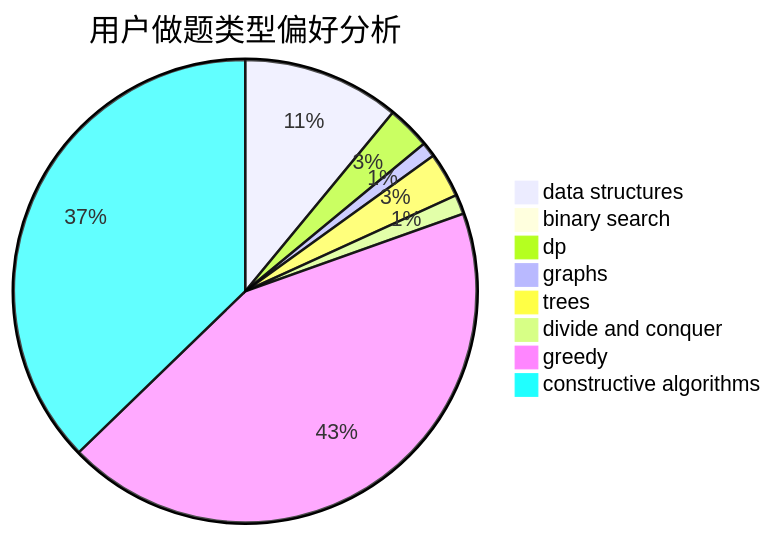
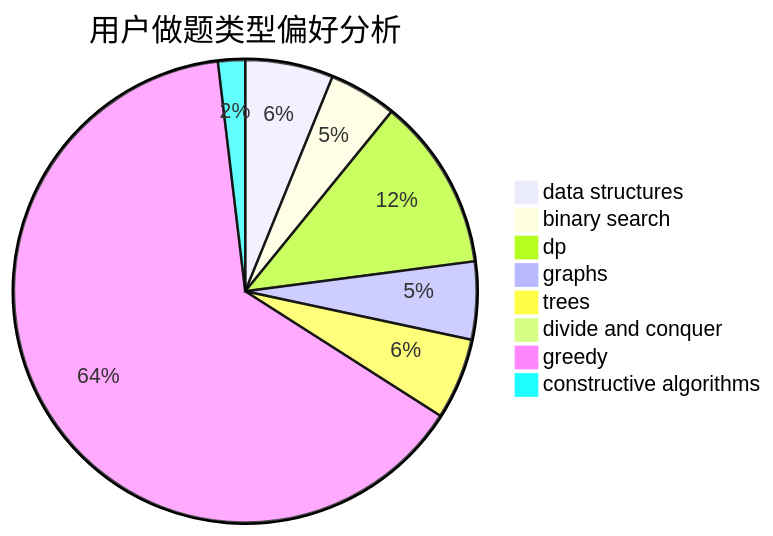
One commit to sherpahu/cfrs.github.io changed the second of 3 diagrams in docs/user/u2224.md. Above: the diagram before and after it, drawn with Mermaid. The commit also changed other lines of this file and 2770 other files, not shown here.

````diff
--- a/docs/user/u2224.md
+++ b/docs/user/u2224.md
@@ -23,11 +23,11 @@
 ```mermaid
 pie title 用户做题类型偏好分析
-    "data structures" :  105
-    "binary search" :  6
-    "dp" :  29
-    "graphs" :  10
-    "trees" :  30
-    "divide and conquer" :  13
-    "greedy" :  413
-    "constructive algorithms" :  356
+    "data structures" :  26
+    "binary search" :  20
+    "dp" :  51
+    "graphs" :  23
+    "trees" :  24
+    "divide and conquer" :  0
+    "greedy" :  271
+    "constructive algorithms" :  8
 ```
````
